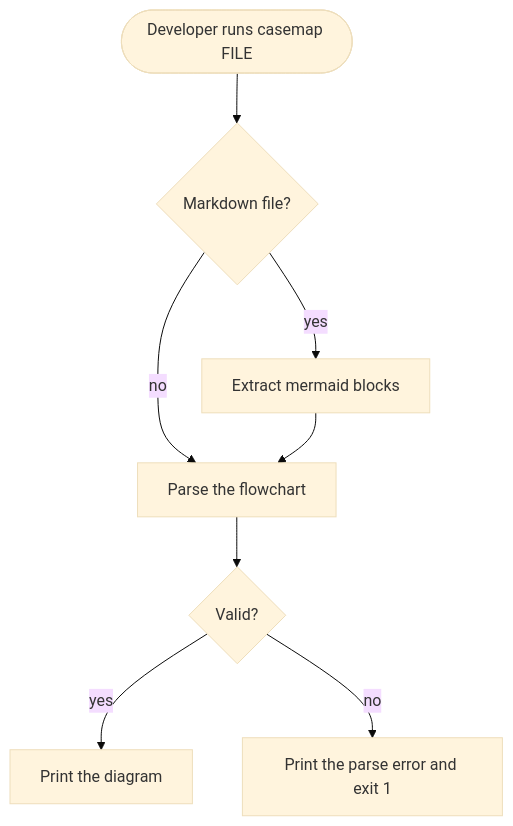
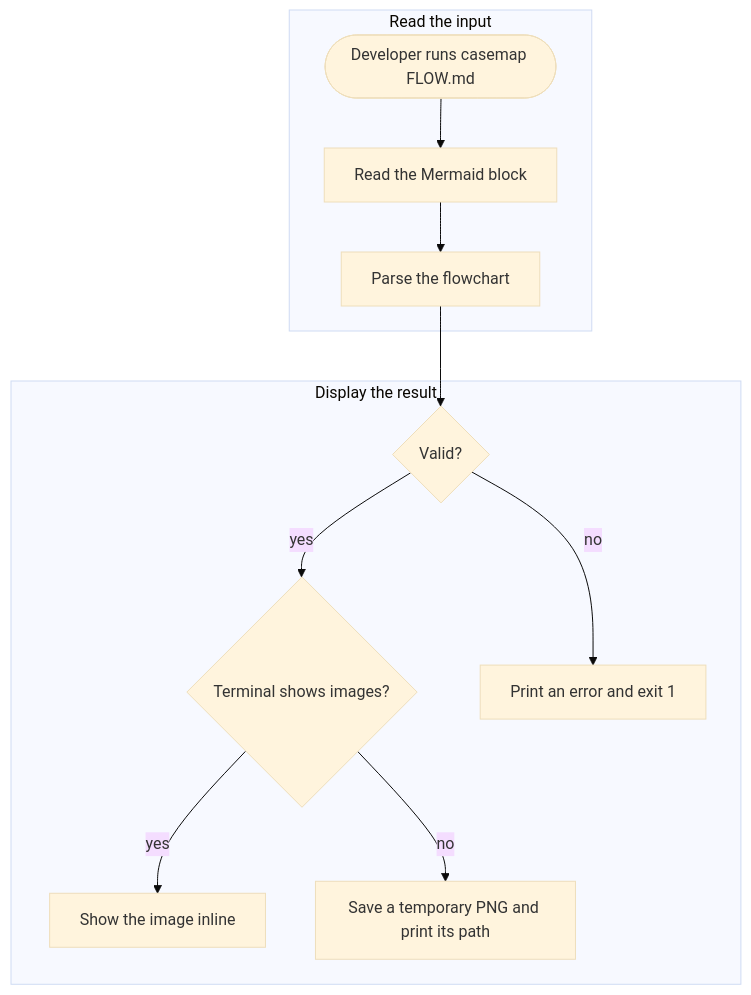
Before and after one commit to Ross-cripto/casemap: the diagram in docs/flows/render-a-diagram.md, drawn with Mermaid (base theme). The commit also changed other lines of this file and 178 other files, not shown here.

First line of the commit message:
feat!: draw use-case flows as images with sections, icons and jumps

````diff
--- a/docs/flows/render-a-diagram.md
+++ b/docs/flows/render-a-diagram.md
@@ -5,13 +5,24 @@
 ```mermaid
 flowchart TD
-    dev([Developer runs casemap FILE]) --> kind{Markdown file?}
-    kind -->|no| parse[Parse the flowchart]
-    kind -->|yes| blocks[Extract mermaid blocks]
-    blocks --> parse
-    parse --> ok{Valid?}
-    ok -->|yes| draw[Print the diagram]
-    ok -->|no| error[Print the parse error and exit 1]
+    subgraph input [Read the input]
+        dev([Developer runs casemap FLOW.md]) --> blocks[Read the Mermaid block]
+        blocks --> parse
+        parse[Parse the flowchart]
+    end
+    subgraph outcome [Display the result]
+        ok{Valid?} -->|yes| graphics{Terminal shows images?}
+        ok -->|no| error[Print an error and exit 1]
+        graphics -->|yes| draw[Show the image inline]
+        graphics -->|no| save[Save a temporary PNG and print its path]
+    end
+    parse --> ok
+    %% @icon blocks file
+    %% @icon parse scan
+    %% @icon draw image
+    %% @icon save download
+    %% @icon error triangle-alert
     %% @code parse src/parser.rs
     %% @code blocks src/markdown.rs
-    %% @code draw src/render.rs src/canvas.rs src/layout src/route.rs
+    %% @code draw src/flow_image src/image_terminal.rs
+    %% @code save src/image_terminal.rs
 ```
````
